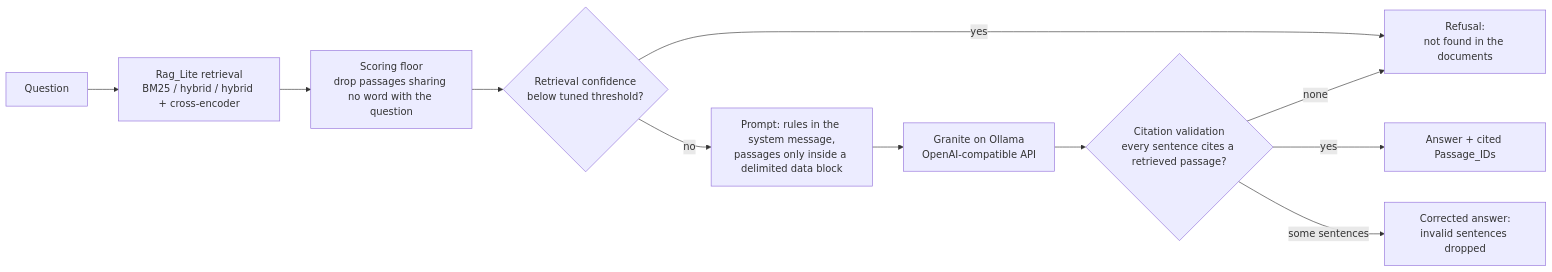
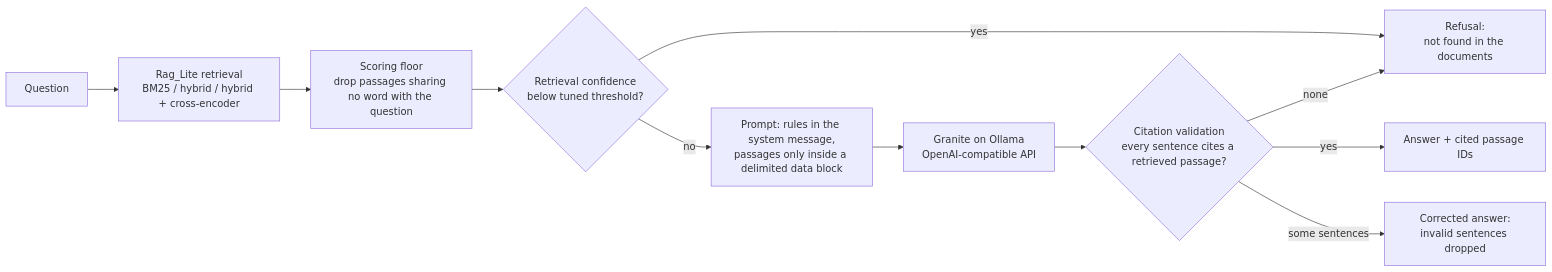
Before and after one commit to OctaviusLeo/Grounded-QA-Service: the diagram in README.md, drawn with Mermaid. The commit also changed other lines of this file and 1 other file, not shown here.

````diff
--- a/README.md
+++ b/README.md
@@ -73,13 +74,13 @@
 ```mermaid
 flowchart LR
     Q[Question] --> R[Rag_Lite retrieval<br/>BM25 / hybrid / hybrid + cross-encoder]
     R --> F[Scoring floor<br/>drop passages sharing no word with the question]
     F --> C{Retrieval confidence<br/>below tuned threshold?}
     C -- yes --> X[Refusal:<br/>not found in the documents]
     C -- no --> P[Prompt: rules in the system message,<br/>passages only inside a delimited data block]
     P --> M[Granite on Ollama<br/>OpenAI-compatible API]
     M --> V{Citation validation<br/>every sentence cites a retrieved passage?}
-    V -- yes --> A[Answer + cited Passage_IDs]
+    V -- yes --> A[Answer + cited passage IDs]
     V -- some sentences --> A2[Corrected answer:<br/>invalid sentences dropped]
     V -- none --> X
 ```
````
